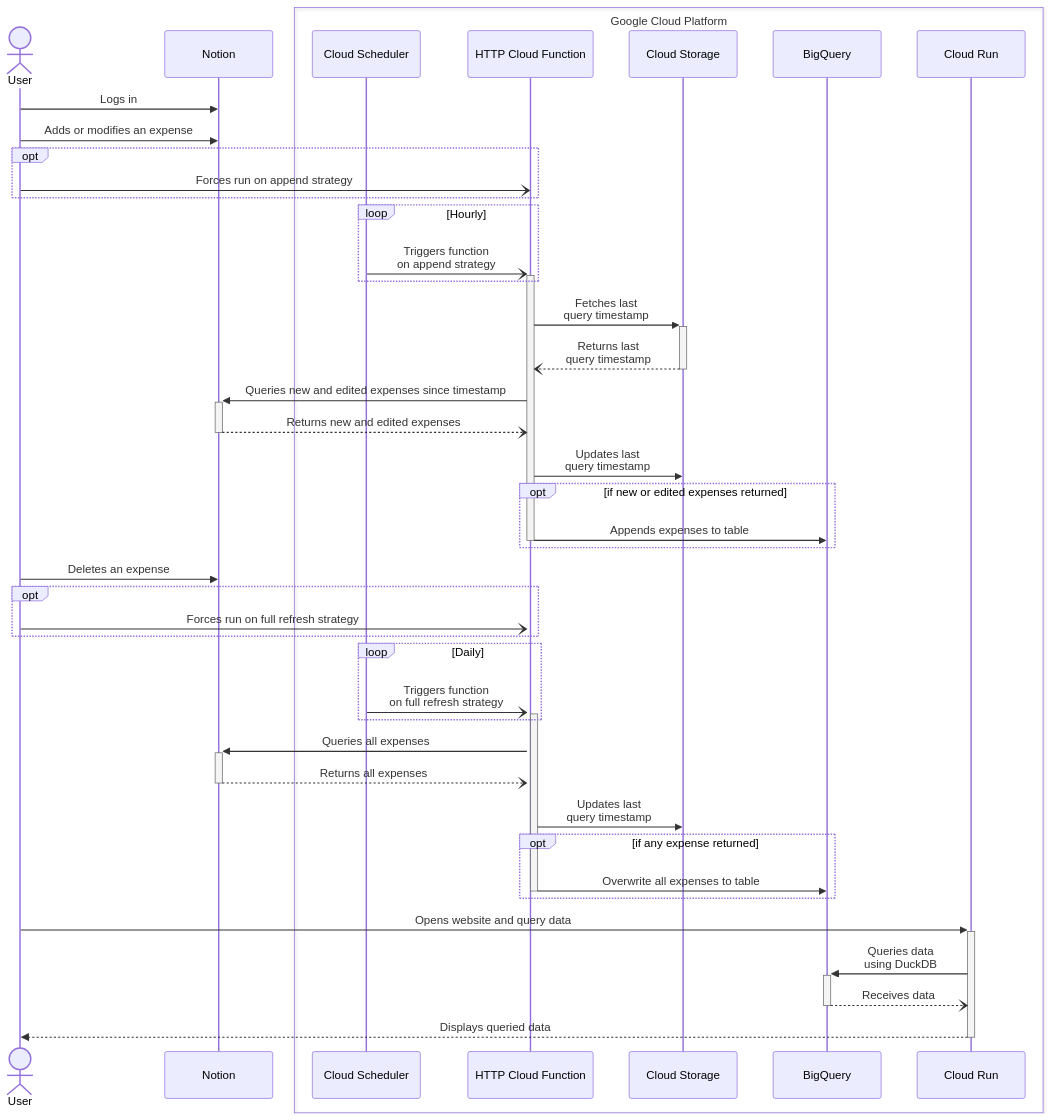
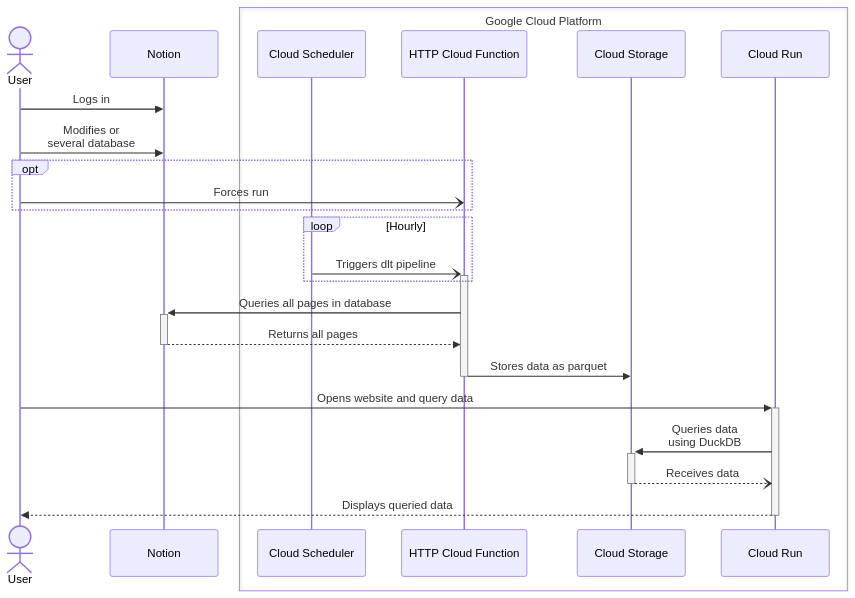
The diagram in README.md (tucared/personal-expense-tracker), drawn with Mermaid before and after one commit. The commit also changed other lines of this file and 34 other files, not shown here.

Commit message:
feat(dlt): change custom python ingestion cloud function to using dlt

````diff
--- a/README.md
+++ b/README.md
@@ -372,49 +336,30 @@
 ```mermaid
 sequenceDiagram
     actor U as User
     participant N as Notion
     box Google Cloud Platform
     participant CS as Cloud Scheduler
     participant CF as HTTP Cloud Function
     participant GCS as Cloud Storage
-    participant BQ as BigQuery
     participant CR as Cloud Run
     end
 
     U->>N: Logs in
 
-    U->>N: Adds or modifies an expense
+    U->>N: Modifies or<br>several database
     opt
-        U-)CF: Forces run on append strategy
+        U-)CF: Forces run
     end
     loop Hourly
-        CS-)+CF: Triggers function<br>on append strategy
-    end
-    CF->>+GCS: Fetches last<br>query timestamp
-    GCS--)-CF: Returns last<br>query timestamp
-    CF->>+N: Queries new and edited expenses since timestamp
-    N--)-CF: Returns new and edited expenses
-    CF->>GCS: Updates last<br>query timestamp
-    opt if new or edited expenses returned
-        CF->>-BQ: Appends expenses to table
+        CS-)+CF: Triggers dlt pipeline
     end
 
-    U->>N: Deletes an expense
-    opt
-        U-)+CF: Forces run on full refresh strategy
-    end
-    loop Daily
-        CS-)+CF: Triggers function<br>on full refresh strategy
-    end
-    CF->>+N: Queries all expenses
-    N--)-CF: Returns all expenses
-    CF->>GCS: Updates last<br>query timestamp
-    opt if any expense returned
-        CF->>-BQ: Overwrite all expenses to table
-    end
+    CF->>+N: Queries all pages in database
+    N-->>-CF: Returns all pages
+    CF->>-GCS: Stores data as parquet
 
     U->>+CR: Opens website and query data
-    CR->>+BQ: Queries data<br>using DuckDB
-    BQ--)-CR: Receives data
+    CR->>+GCS: Queries data<br>using DuckDB
+    GCS--)-CR: Receives data
     CR-->>-U: Displays queried data
 ```
````
